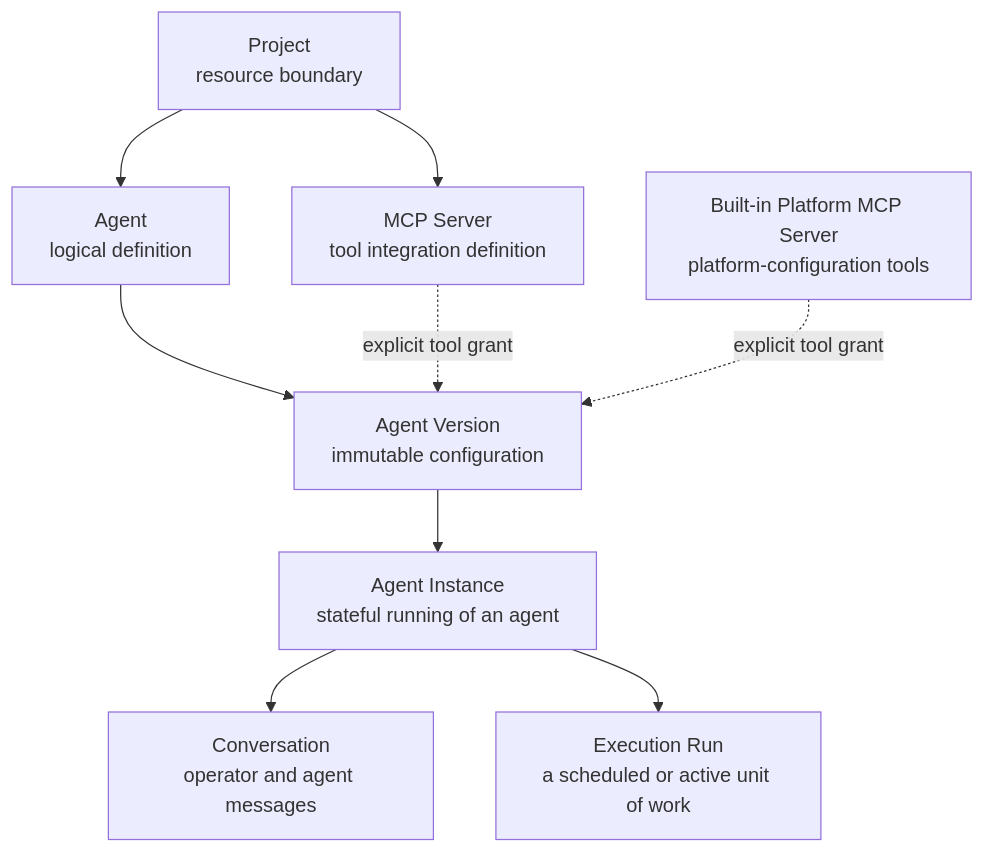
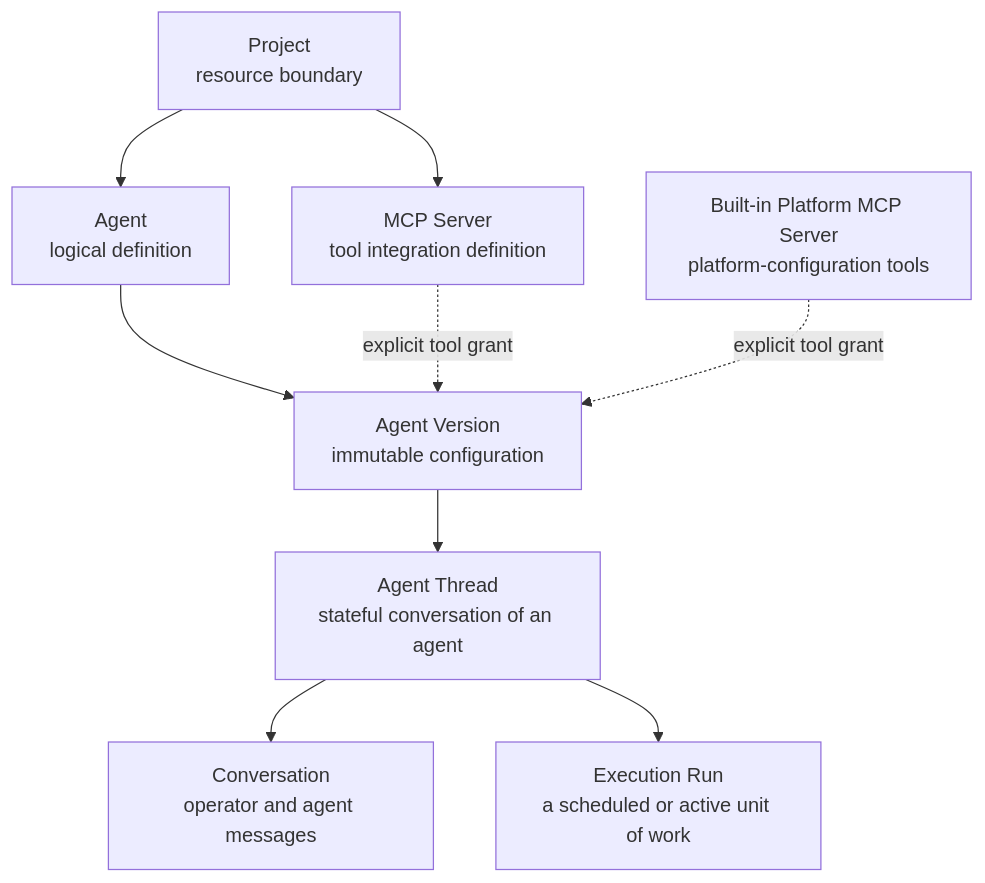
The first of 2 diagrams in docs/design/001-high-level-domain-architecture.md (pale-glyph/agent-platform), drawn with Mermaid before and after one commit. The commit also changed other lines of this file and 40 other files, not shown here.

````diff
--- a/docs/design/001-high-level-domain-architecture.md
+++ b/docs/design/001-high-level-domain-architecture.md
@@ -17,20 +17,20 @@
 ```mermaid
 flowchart TB
     PROJECT["Project<br/>resource boundary"]
     AGENT["Agent<br/>logical definition"]
     VERSION["Agent Version<br/>immutable configuration"]
     MCP["MCP Server<br/>tool integration definition"]
     CONTROL["Built-in Platform MCP Server<br/>platform-configuration tools"]
-    INSTANCE["Agent Instance<br/>stateful running of an agent"]
+    THREAD["Agent Thread<br/>stateful conversation of an agent"]
     CONVERSATION["Conversation<br/>operator and agent messages"]
     RUN["Execution Run<br/>a scheduled or active unit of work"]
 
     PROJECT --> AGENT
     PROJECT --> MCP
     AGENT --> VERSION
-    VERSION --> INSTANCE
-    INSTANCE --> CONVERSATION
-    INSTANCE --> RUN
+    VERSION --> THREAD
+    THREAD --> CONVERSATION
+    THREAD --> RUN
     MCP -.->|explicit tool grant| VERSION
     CONTROL -.->|explicit tool grant| VERSION
 ```
````
